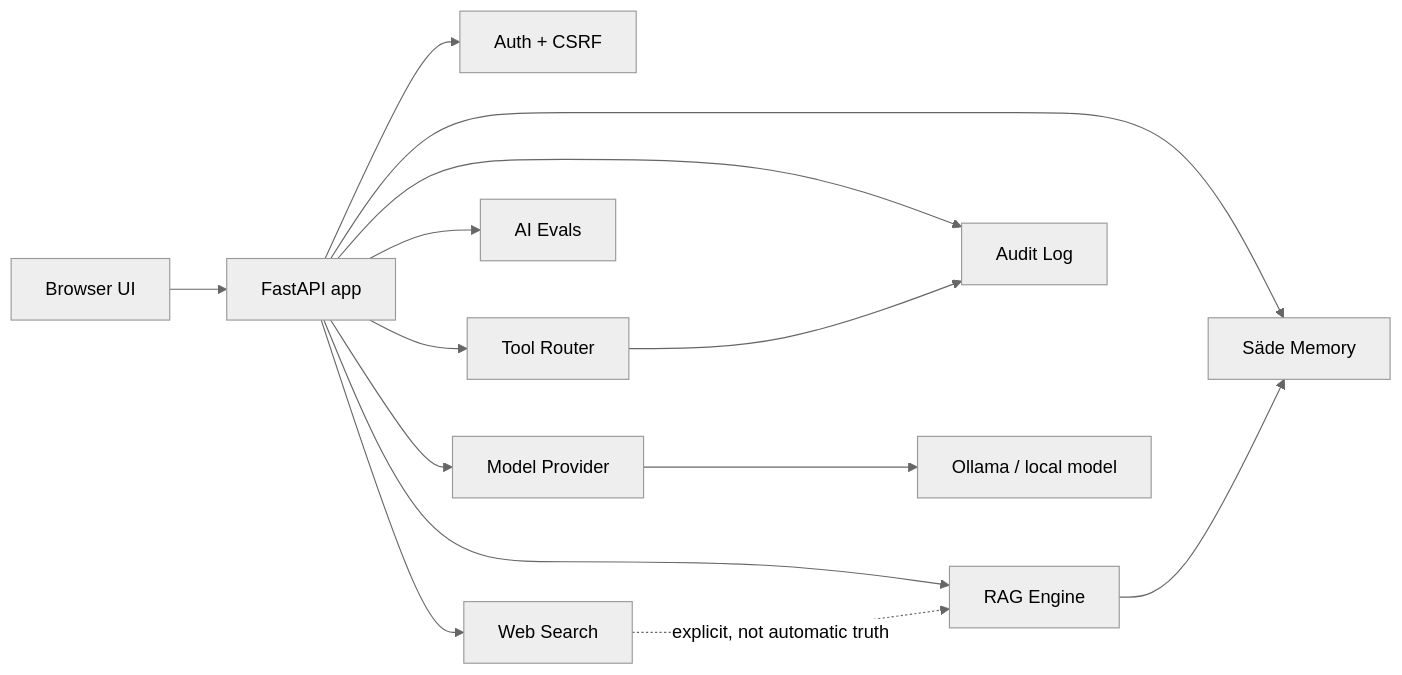
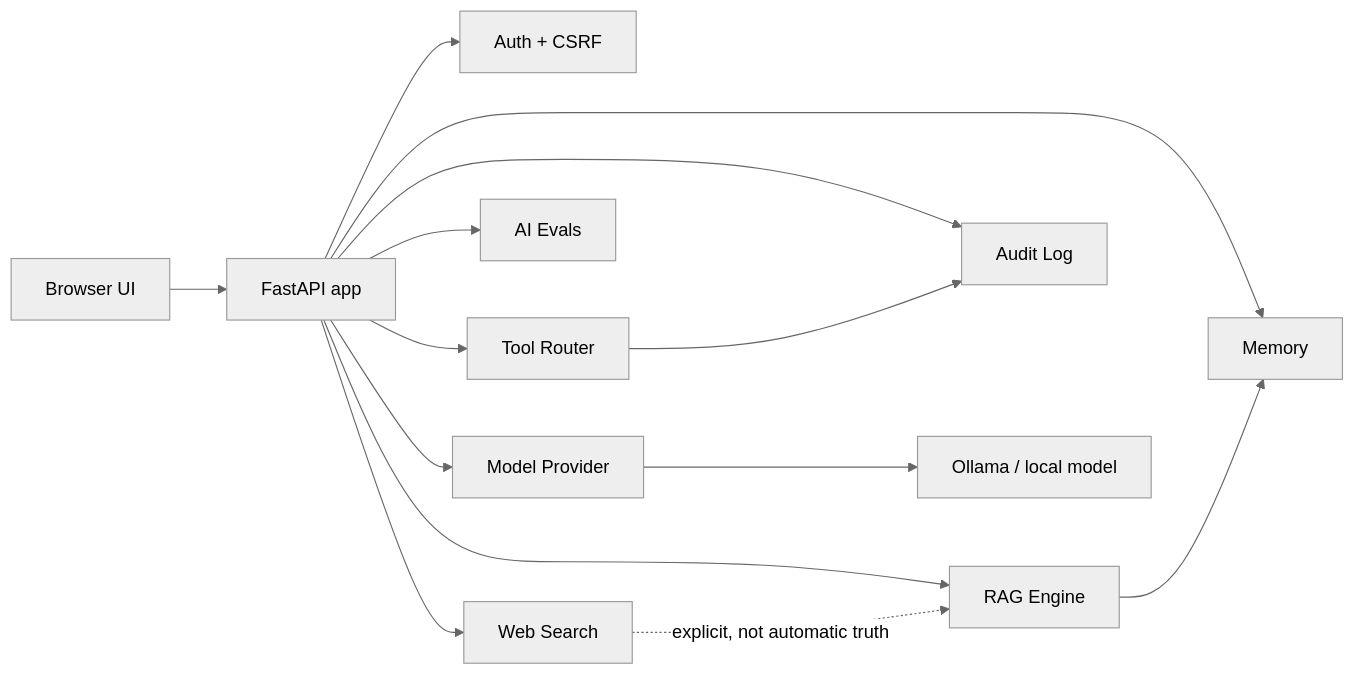
One commit to denzo69/sade-v1-local changed the diagram in docs/architecture.md. Above: the diagram before and after it, drawn with Mermaid (neutral theme). The commit also changed other lines of this file and 12 other files, not shown here.

````diff
--- a/docs/architecture.md
+++ b/docs/architecture.md
@@ -5,16 +5,16 @@
 ```mermaid
 flowchart LR
     UI["Browser UI"] --> API["FastAPI app"]
     API --> Auth["Auth + CSRF"]
     API --> Router["Tool Router"]
-    API --> Memory["Säde Memory"]
+    API --> Memory["Memory"]
     API --> RAG["RAG Engine"]
     API --> Search["Web Search"]
     API --> Audit["Audit Log"]
     API --> Evals["AI Evals"]
     API --> Provider["Model Provider"]
     Provider --> Ollama["Ollama / local model"]
     RAG --> Memory
     Router --> Audit
     Search -. "explicit, not automatic truth" .-> RAG
 ```
````
